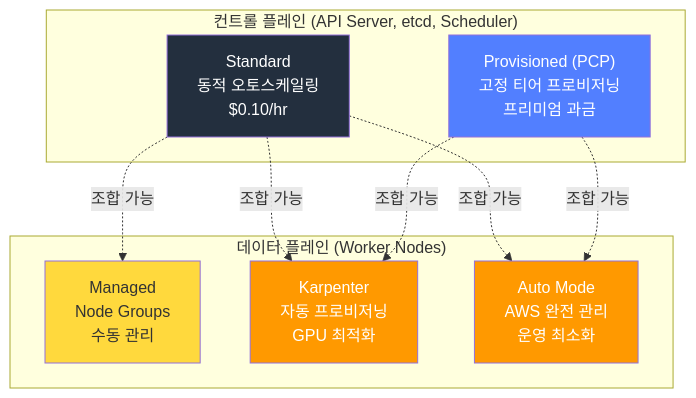
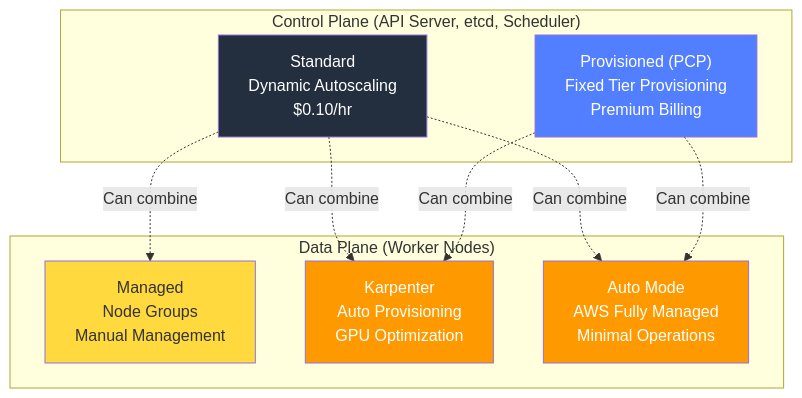
Before and after one commit to devfloor9/engineering-playbook: the first of 9 diagrams in i18n/en/docusaurus-plugin-content-docs/current/agentic-ai-platform/design-architecture/agentic-ai-solutions-eks.md, drawn with Mermaid. The commit also changed other lines of this file and 105 other files, not shown here.

````diff
--- a/i18n/en/docusaurus-plugin-content-docs/current/agentic-ai-platform/design-architecture/agentic-ai-solutions-eks.md
+++ b/i18n/en/docusaurus-plugin-content-docs/current/agentic-ai-platform/design-architecture/agentic-ai-solutions-eks.md
@@ -88,25 +66,25 @@
 ```mermaid
 flowchart TD
-    subgraph ControlPlane["컨트롤 플레인 (API Server, etcd, Scheduler)"]
-        CP_STD["Standard<br/>동적 오토스케일링<br/>$0.10/hr"]
-        CP_PCP["Provisioned (PCP)<br/>고정 티어 프로비저닝<br/>프리미엄 과금"]
+    subgraph ControlPlane["Control Plane (API Server, etcd, Scheduler)"]
+        CP_STD["Standard<br/>Dynamic Autoscaling<br/>$0.10/hr"]
+        CP_PCP["Provisioned (PCP)<br/>Fixed Tier Provisioning<br/>Premium Billing"]
     end
 
-    subgraph DataPlane["데이터 플레인 (Worker Nodes)"]
-        DP_MNG["Managed<br/>Node Groups<br/>수동 관리"]
-        DP_KARP["Karpenter<br/>자동 프로비저닝<br/>GPU 최적화"]
-        DP_AUTO["Auto Mode<br/>AWS 완전 관리<br/>운영 최소화"]
+    subgraph DataPlane["Data Plane (Worker Nodes)"]
+        DP_MNG["Managed<br/>Node Groups<br/>Manual Management"]
+        DP_KARP["Karpenter<br/>Auto Provisioning<br/>GPU Optimization"]
+        DP_AUTO["Auto Mode<br/>AWS Fully Managed<br/>Minimal Operations"]
     end
 
-    CP_STD -.->|조합 가능| DP_MNG
-    CP_STD -.->|조합 가능| DP_KARP
-    CP_STD -.->|조합 가능| DP_AUTO
-    CP_PCP -.->|조합 가능| DP_KARP
-    CP_PCP -.->|조합 가능| DP_AUTO
+    CP_STD -.->|Can combine| DP_MNG
+    CP_STD -.->|Can combine| DP_KARP
+    CP_STD -.->|Can combine| DP_AUTO
+    CP_PCP -.->|Can combine| DP_KARP
+    CP_PCP -.->|Can combine| DP_AUTO
 
     style CP_STD fill:#232f3e,color:#fff
     style CP_PCP fill:#527fff,color:#fff
     style DP_MNG fill:#ffd93d
     style DP_KARP fill:#ff9900,color:#fff
     style DP_AUTO fill:#ff9900,color:#fff
 ```
````
